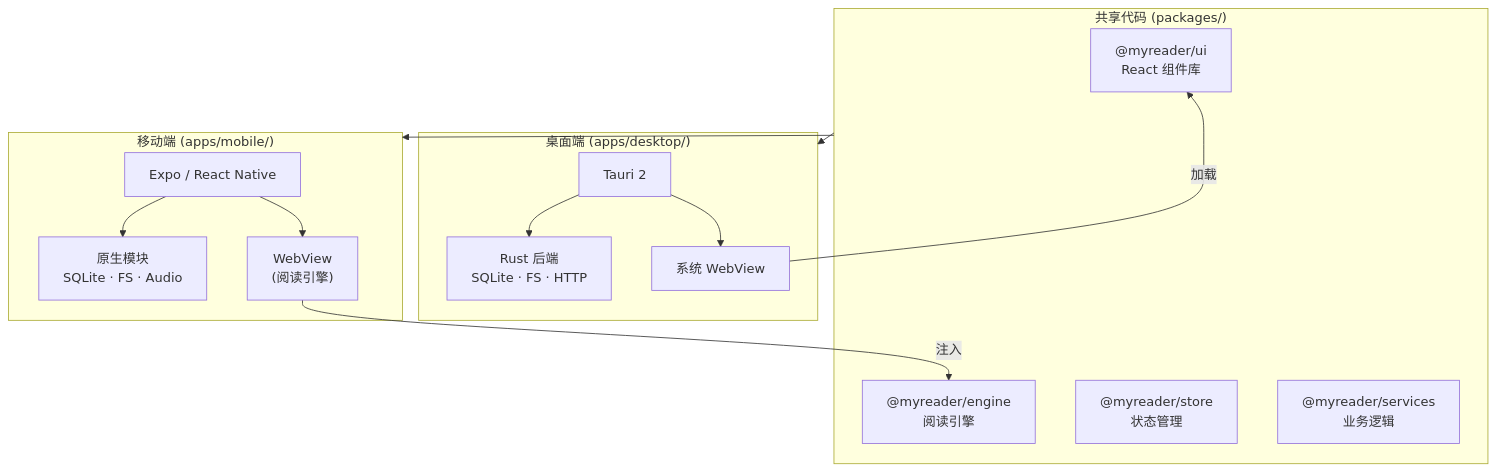
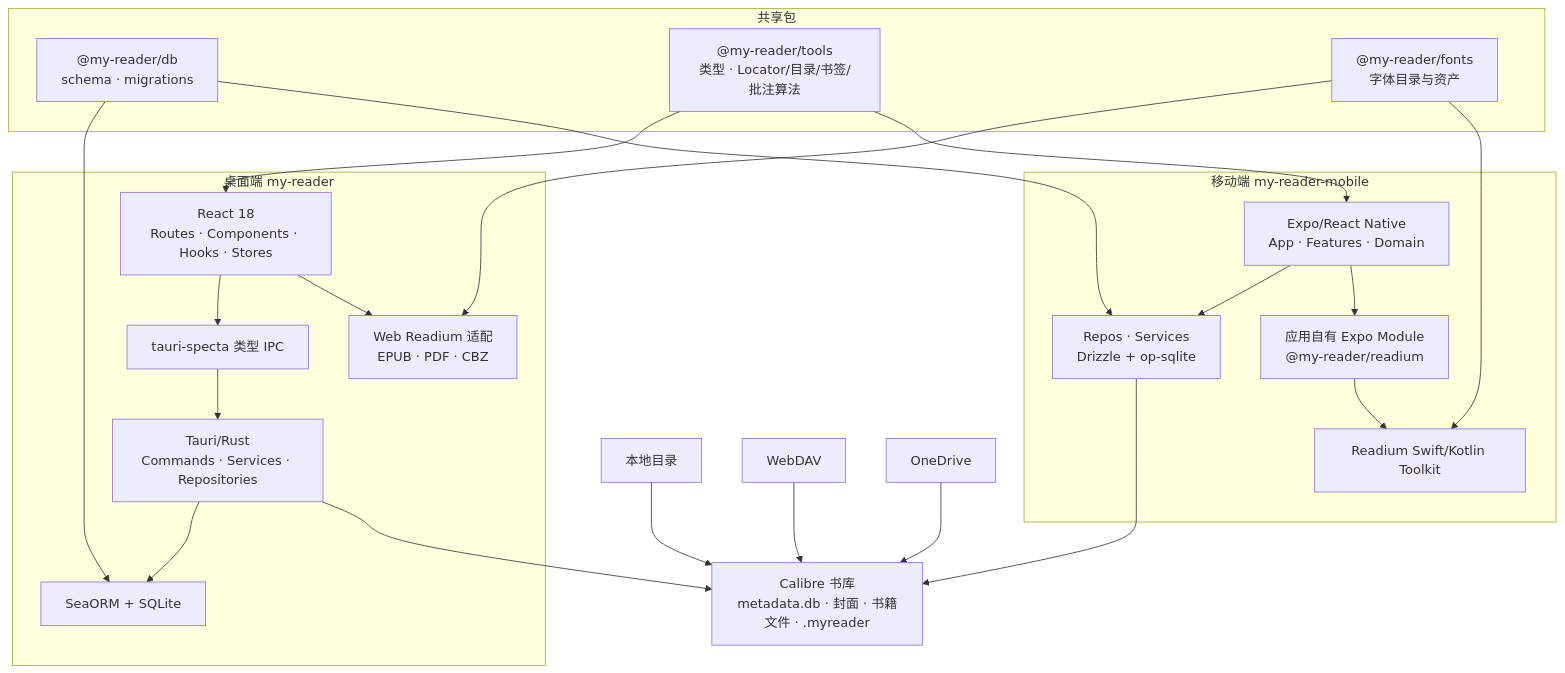
Before and after one commit to RyouMon/MyReader: the diagram in ARCHITECTURE.md, drawn with Mermaid. The commit also changed other lines of this file and 1 other file, not shown here.

Commit message:
docs: align architecture docs with implementation

````diff
--- a/ARCHITECTURE.md
+++ b/ARCHITECTURE.md
@@ -658,30 +17,48 @@
 ```mermaid
-graph TB
-    subgraph Shared["共享代码 (packages/)"]
-        UI["@myreader/ui<br/>React 组件库"]
-        Engine["@myreader/engine<br/>阅读引擎"]
-        Store["@myreader/store<br/>状态管理"]
-        Services["@myreader/services<br/>业务逻辑"]
+flowchart TB
+    Calibre["Calibre 书库<br/>metadata.db · 封面 · 书籍文件 · .myreader"]
+    Local["本地目录"]
+    WebDAV["WebDAV"]
+    OneDrive["OneDrive"]
+
+    subgraph Desktop["桌面端 my-reader"]
+        DesktopUI["React 18<br/>Routes · Components · Hooks · Stores"]
+        IPC["tauri-specta 类型 IPC"]
+        Rust["Tauri/Rust<br/>Commands · Services · Repositories"]
+        DesktopReader["Web Readium 适配<br/>EPUB · PDF · CBZ"]
+        DesktopDB["SeaORM + SQLite"]
     end
 
-    subgraph Desktop["桌面端 (apps/desktop/)"]
-        Tauri["Tauri 2"]
-        RustBackend["Rust 后端<br/>SQLite · FS · HTTP"]
-        WebView["系统 WebView"]
+    subgraph Mobile["移动端 my-reader-mobile"]
+        MobileUI["Expo/React Native<br/>App · Features · Domain"]
+        MobileData["Repos · Services<br/>Drizzle + op-sqlite"]
+        Bridge["应用自有 Expo Module<br/>@my-reader/readium"]
+        NativeReader["Readium Swift/Kotlin Toolkit"]
     end
 
-    subgraph Mobile["移动端 (apps/mobile/)"]
-        Expo["Expo / React Native"]
-        NativeModules["原生模块<br/>SQLite · FS · Audio"]
-        RNWebView["WebView<br/>(阅读引擎)"]
+    subgraph Shared["共享包"]
+        DB["@my-reader/db<br/>schema · migrations"]
+        Tools["@my-reader/tools<br/>类型 · Locator/目录/书签/批注算法"]
+        Fonts["@my-reader/fonts<br/>字体目录与资产"]
     end
 
-    Shared --> Desktop
-    Shared --> Mobile
-    Tauri --> RustBackend
-    Tauri --> WebView
-    WebView -->|"加载"| UI
-    Expo --> NativeModules
-    Expo --> RNWebView
-    RNWebView -->|"注入"| Engine
+    Local --> Calibre
+    WebDAV --> Calibre
+    OneDrive --> Calibre
+
+    DesktopUI --> IPC --> Rust
+    DesktopUI --> DesktopReader
+    Rust --> DesktopDB
+    Rust --> Calibre
+
+    MobileUI --> MobileData
+    MobileUI --> Bridge --> NativeReader
+    MobileData --> Calibre
+
+    DB --> DesktopDB
+    DB --> MobileData
+    Tools --> DesktopUI
+    Tools --> MobileUI
+    Fonts --> DesktopReader
+    Fonts --> NativeReader
 ```
````
